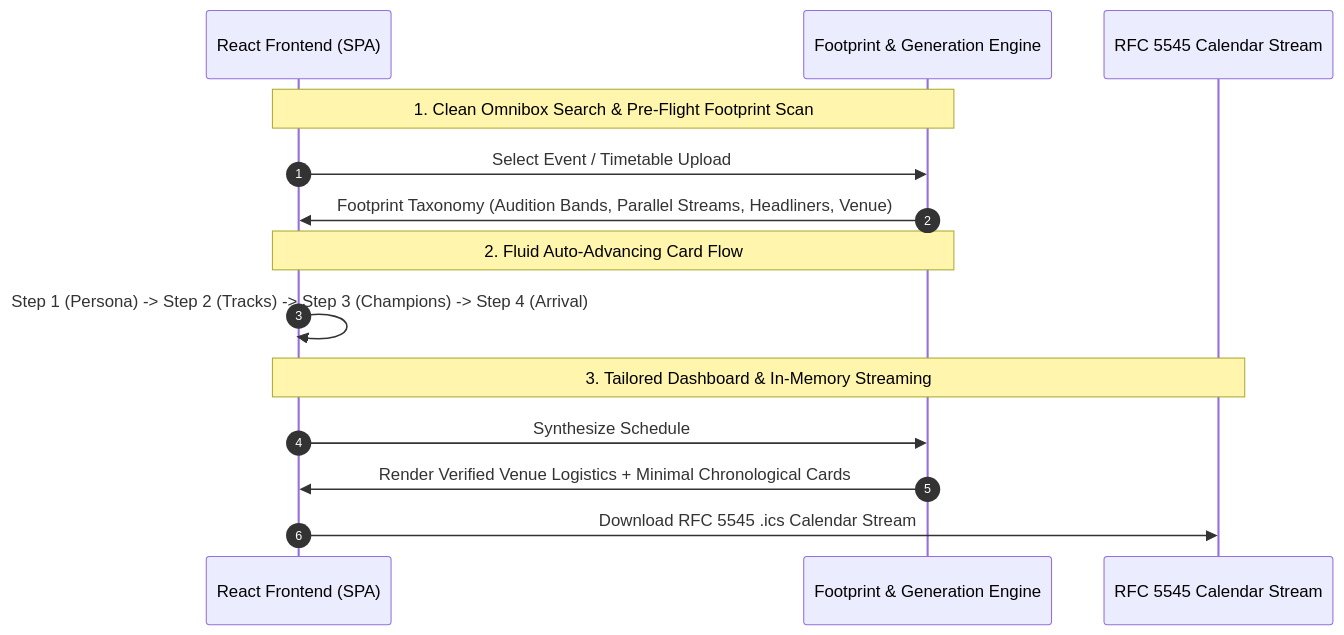
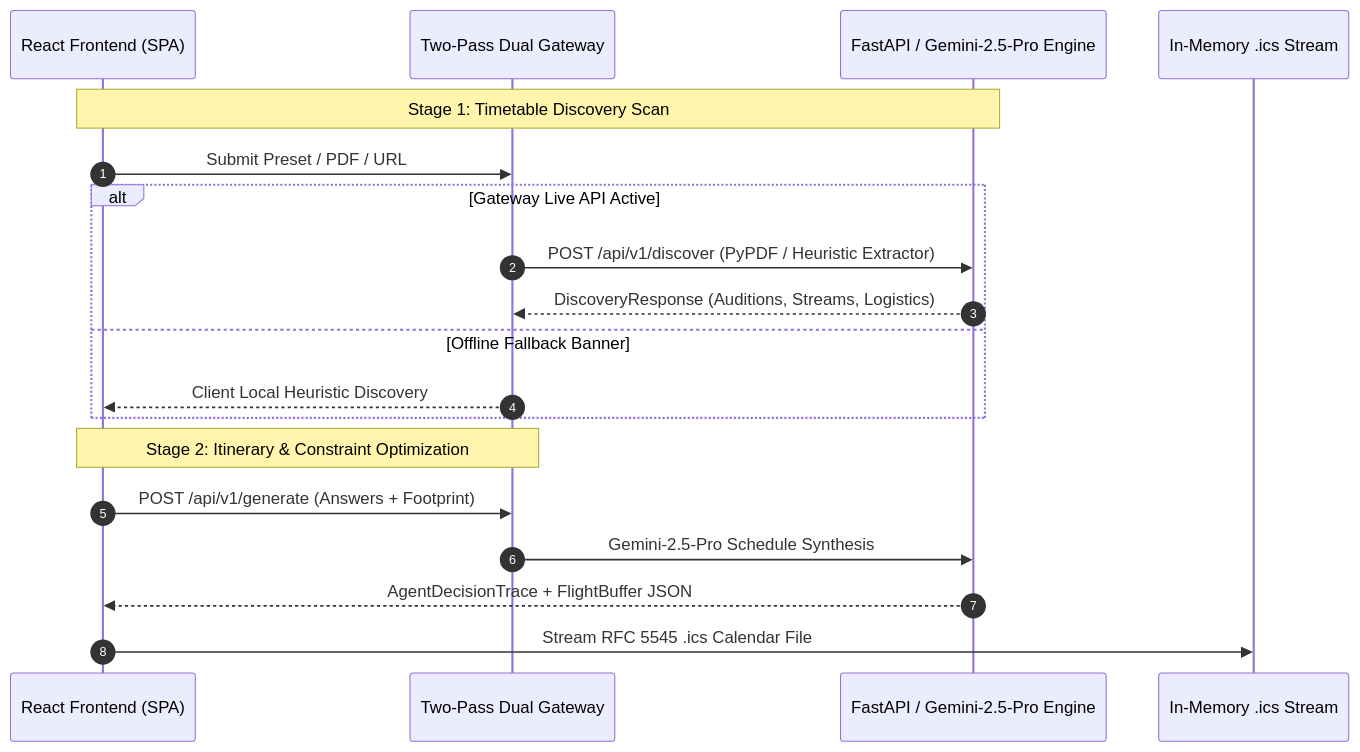
One commit to arii/tech-dancer changed the diagram in content/studies/wcs-navigator-architecture.md. Above: the diagram before and after it, drawn with Mermaid. The commit also changed other lines of this file and 4 other files, not shown here.

First line of the commit message:
docs(wcs-navigator): update architecture deep dive with debug inspector and live screenshots

````diff
--- a/content/studies/wcs-navigator-architecture.md
+++ b/content/studies/wcs-navigator-architecture.md
@@ -86,19 +85,23 @@
 ```mermaid
 sequenceDiagram
     autonumber
     participant UI as React Frontend (SPA)
-    participant Engine as Footprint & Generation Engine
-    participant Cal as RFC 5545 Calendar Stream
+    participant Gateway as Two-Pass Dual Gateway
+    participant LLM as FastAPI / Gemini-2.5-Pro Engine
+    participant Cal as In-Memory .ics Stream
 
-    Note over UI,Engine: 1. Clean Omnibox Search & Pre-Flight Footprint Scan
-    UI->>Engine: Select Event / Timetable Upload
-    Engine->>UI: Footprint Taxonomy (Audition Bands, Parallel Streams, Headliners, Venue)
+    Note over UI,LLM: Stage 1: Timetable Discovery Scan
+    UI->>Gateway: Submit Preset / PDF / URL
+    alt Gateway Live API Active
+        Gateway->>LLM: POST /api/v1/discover (PyPDF / Heuristic Extractor)
+        LLM-->>Gateway: DiscoveryResponse (Auditions, Streams, Logistics)
+    else Offline Fallback Banner
+        Gateway-->>UI: Client Local Heuristic Discovery
+    end
 
-    Note over UI,Engine: 2. Fluid Auto-Advancing Card Flow
-    UI->>UI: Step 1 (Persona) -> Step 2 (Tracks) -> Step 3 (Champions) -> Step 4 (Arrival)
-
-    Note over UI,Cal: 3. Tailored Dashboard & In-Memory Streaming
-    UI->>Engine: Synthesize Schedule
-    Engine->>UI: Render Verified Venue Logistics + Minimal Chronological Cards
-    UI->>Cal: Download RFC 5545 .ics Calendar Stream
+    Note over UI,Gateway: Stage 2: Itinerary & Constraint Optimization
+    UI->>Gateway: POST /api/v1/generate (Answers + Footprint)
+    Gateway->>LLM: Gemini-2.5-Pro Schedule Synthesis
+    LLM-->>UI: AgentDecisionTrace + FlightBuffer JSON
+    UI->>Cal: Stream RFC 5545 .ics Calendar File
 ```
````
